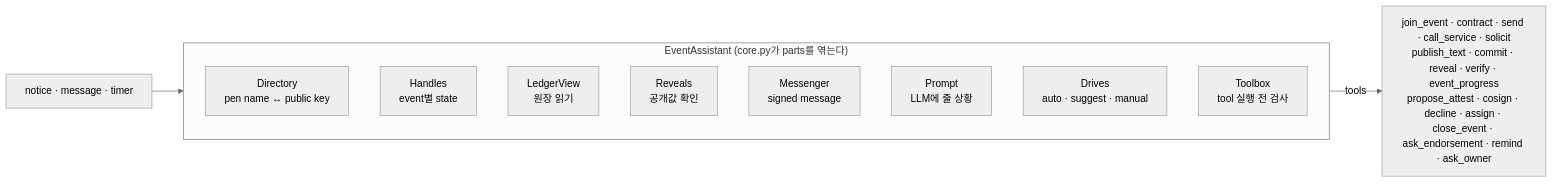
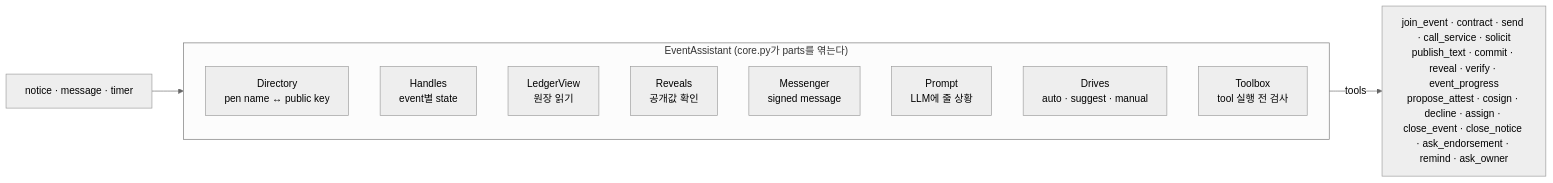
One commit to tanminkwan/share-ur-tokens changed diagram 20 of 34 in docs/education.md. Above: the diagram before and after it, drawn with Mermaid (neutral theme). The commit also changed other lines of this file and 33 other files, not shown here.

````diff
--- a/docs/education.md
+++ b/docs/education.md
@@ -496,15 +527,15 @@
 ```mermaid
 flowchart LR
     subgraph EA["EventAssistant (core.py가 parts를 엮는다)"]
         DIR["Directory<br/>pen name ↔ public key"]
         HAN["Handles<br/>event별 state"]
         LV["LedgerView<br/>원장 읽기"]
         RV["Reveals<br/>공개값 확인"]
         MSG["Messenger<br/>signed message"]
         PR["Prompt<br/>LLM에 줄 상황"]
         DR["Drives<br/>auto · suggest · manual"]
         TB["Toolbox<br/>tool 실행 전 검사"]
     end
     N["notice · message · timer"] --> EA
-    EA -->|"tools"| T["join_event · contract · send · call_service · solicit<br/>publish_text · commit · reveal · verify · event_progress<br/>propose_attest · cosign · decline · assign · close_event · ask_endorsement · remind · ask_owner"]
+    EA -->|"tools"| T["join_event · contract · send · call_service · solicit<br/>publish_text · commit · reveal · verify · event_progress<br/>propose_attest · cosign · decline · assign · close_event · close_notice · ask_endorsement · remind · ask_owner"]
 ```
````
